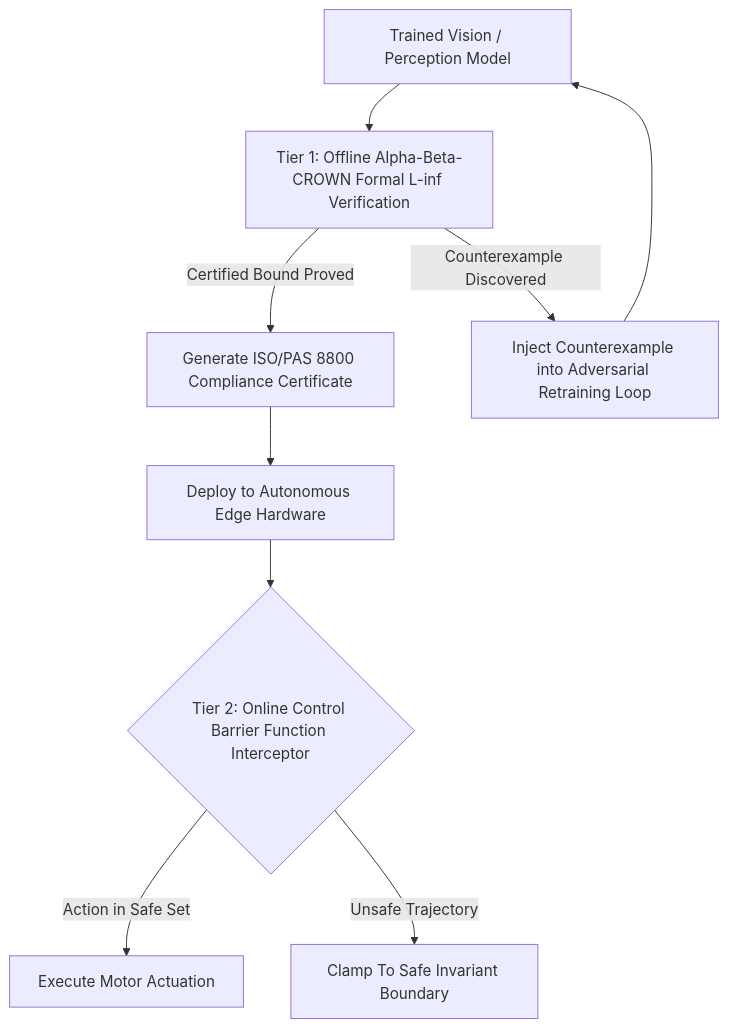
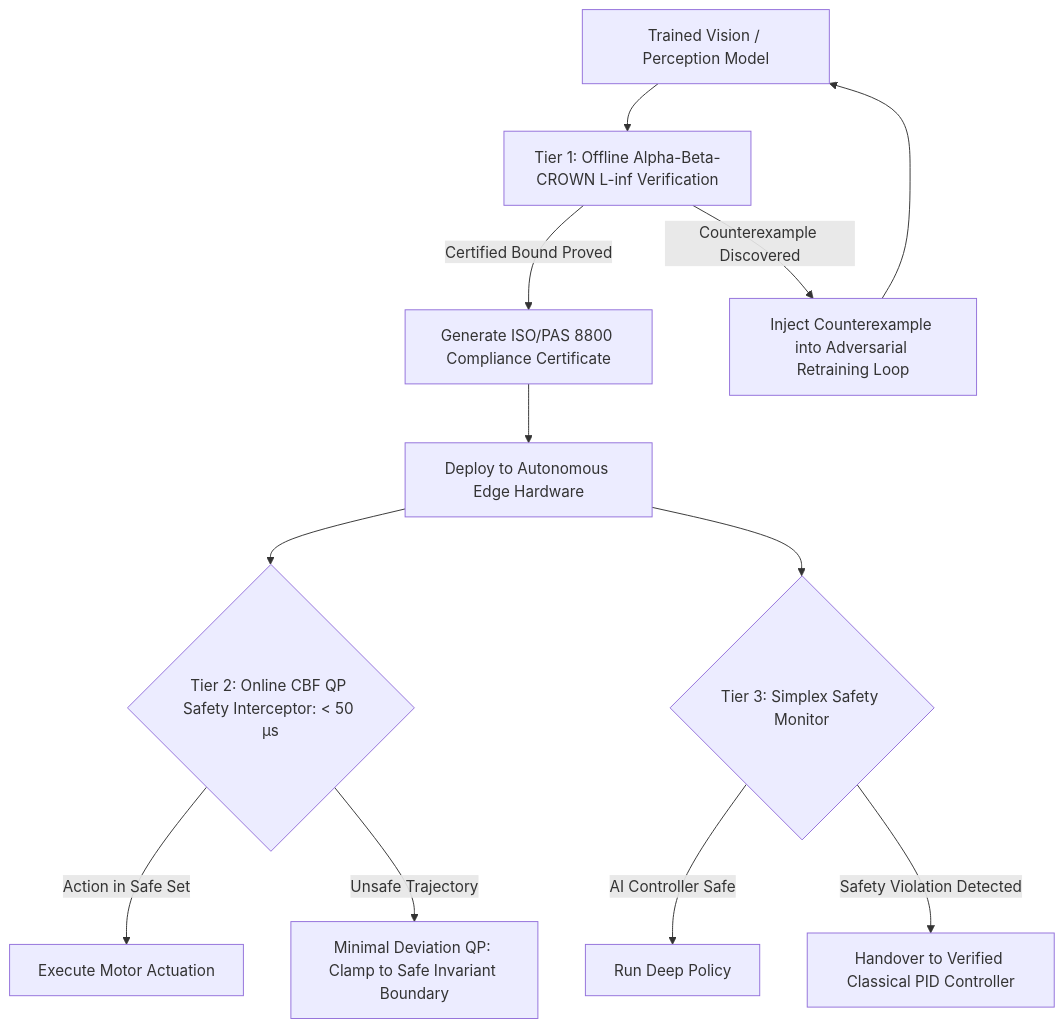
The diagram in topics/safety-verification-and-robustness/02-production-pipeline-and-workarounds.md (sergiomh499/cv-projects), drawn with Mermaid before and after one commit. The commit also changed other lines of this file and 51 other files, not shown here.

````diff
--- a/topics/safety-verification-and-robustness/02-production-pipeline-and-workarounds.md
+++ b/topics/safety-verification-and-robustness/02-production-pipeline-and-workarounds.md
@@ -21,12 +21,14 @@
 ```mermaid
 flowchart TD
-    Model["Trained Vision / Perception Model"] --> FormalTier["Tier 1: Offline Alpha-Beta-CROWN Formal L-inf Verification"]
+    Model["Trained Vision / Perception Model"] --> FormalTier["Tier 1: Offline Alpha-Beta-CROWN L-inf Verification"]
     FormalTier -->|Certified Bound Proved| CertDoc["Generate ISO/PAS 8800 Compliance Certificate"]
     FormalTier -->|Counterexample Discovered| AdvAug["Inject Counterexample into Adversarial Retraining Loop"]
     AdvAug --> Model
     CertDoc --> Deploy["Deploy to Autonomous Edge Hardware"]
-    Deploy --> RuntimeCBF{"Tier 2: Online Control Barrier Function Interceptor"}
+    Deploy --> RuntimeCBF{"Tier 2: Online CBF QP Safety Interceptor: < 50 µs"}
     RuntimeCBF -->|Action in Safe Set| Drive["Execute Motor Actuation"]
-    RuntimeCBF -->|Unsafe Trajectory| Override["Clamp To Safe Invariant Boundary"]
-
+    RuntimeCBF -->|Unsafe Trajectory| Override["Minimal Deviation QP: Clamp to Safe Invariant Boundary"]
+    Deploy --> Simplex{"Tier 3: Simplex Safety Monitor"}
+    Simplex -->|AI Controller Safe| AI["Run Deep Policy"]
+    Simplex -->|Safety Violation Detected| Baseline["Handover to Verified Classical PID Controller"]
 ```
````
